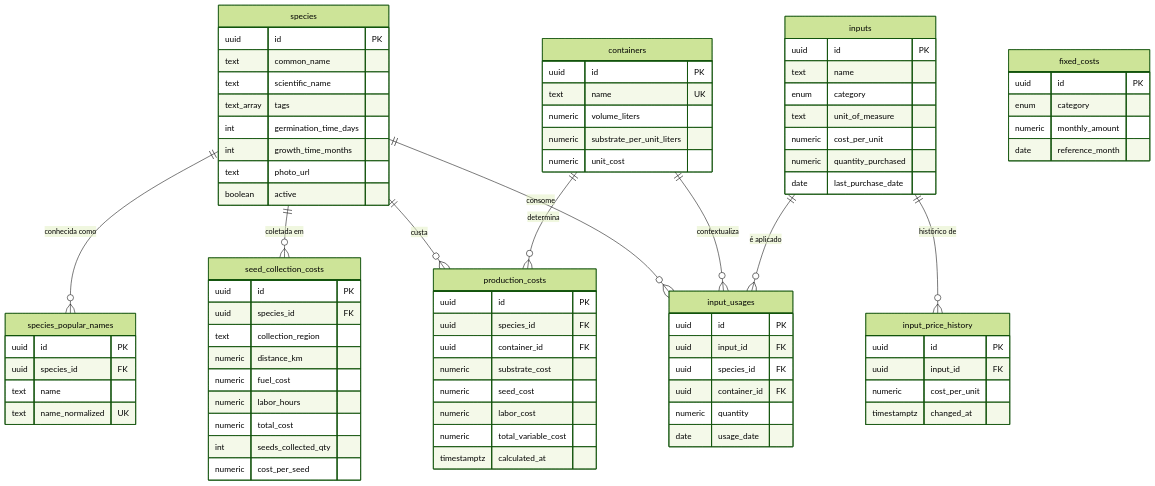
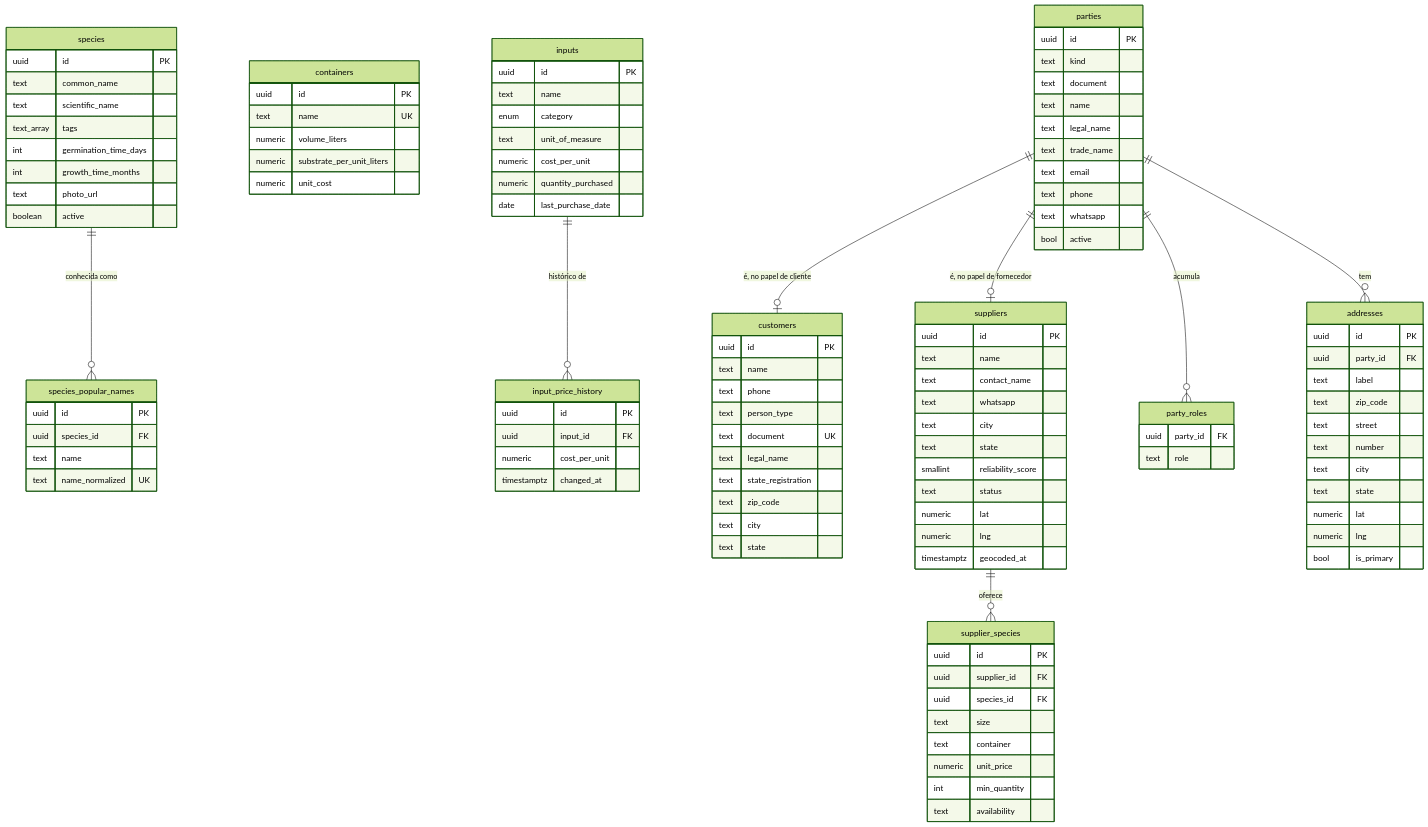
The third of 6 diagrams in docs/engenharia/C-modelagem/C6-modelo-entidade-relacionamento.md (JoaoMudar/mudar), drawn with Mermaid (forest theme) before and after one commit. The commit also changed other lines of this file and 34 other files, not shown here.

````diff
--- a/docs/engenharia/C-modelagem/C6-modelo-entidade-relacionamento.md
+++ b/docs/engenharia/C-modelagem/C6-modelo-entidade-relacionamento.md
@@ -223,48 +214,76 @@
     numeric cost_per_unit
     timestamptz changed_at
   }
-  input_usages {
+  customers {
     uuid id PK
-    uuid input_id FK
+    text name
+    text phone
+    text person_type
+    text document UK
+    text legal_name
+    text state_registration
+    text zip_code
+    text city
+    text state
+  }
+  suppliers {
+    uuid id PK
+    text name
+    text contact_name
+    text whatsapp
+    text city
+    text state
+    smallint reliability_score
+    text status
+    numeric lat
+    numeric lng
+    timestamptz geocoded_at
+  }
+  supplier_species {
+    uuid id PK
+    uuid supplier_id FK
     uuid species_id FK
-    uuid container_id FK
-    numeric quantity
-    date usage_date
+    text size
+    text container
+    numeric unit_price
+    int min_quantity
+    text availability
   }
-  fixed_costs {
+  parties {
     uuid id PK
-    enum category
-    numeric monthly_amount
-    date reference_month
+    text kind
+    text document
+    text name
+    text legal_name
+    text trade_name
+    text email
+    text phone
+    text whatsapp
+    bool active
   }
-  seed_collection_costs {
+  party_roles {
+    uuid party_id FK
+    text role
+  }
+  addresses {
     uuid id PK
-    uuid species_id FK
-    text collection_region
-    numeric distance_km
-    numeric fuel_cost
-    numeric labor_hours
-    numeric total_cost
-    int seeds_collected_qty
-    numeric cost_per_seed
-  }
-  production_costs {
-    uuid id PK
-    uuid species_id FK
-    uuid container_id FK
-    numeric substrate_cost
-    numeric seed_cost
-    numeric labor_cost
-    numeric total_variable_cost
-    timestamptz calculated_at
+    uuid party_id FK
+    text label
+    text zip_code
+    text street
+    text number
+    text city
+    text state
+    numeric lat
+    numeric lng
+    bool is_primary
   }
 
-  species    ||--o{ species_popular_names : "conhecida como"
-  species    ||--o{ seed_collection_costs : "coletada em"
-  species    ||--o{ production_costs      : "custa"
-  containers ||--o{ production_costs      : "determina"
-  species    ||--o{ input_usages          : "consome"
-  containers ||--o{ input_usages          : "contextualiza"
-  inputs     ||--o{ input_usages          : "é aplicado"
-  inputs     ||--o{ input_price_history   : "histórico de"
+  species   ||--o{ species_popular_names : "conhecida como"
+  inputs    ||--o{ input_price_history   : "histórico de"
+  suppliers ||--o{ supplier_species      : "oferece"
+  parties   ||--o{ party_roles           : "acumula"
+  parties   ||--o{ addresses             : "tem"
+  parties   ||--o| customers             : "é, no papel de cliente"
+  parties   ||--o| suppliers             : "é, no papel de fornecedor"
 ```
````
